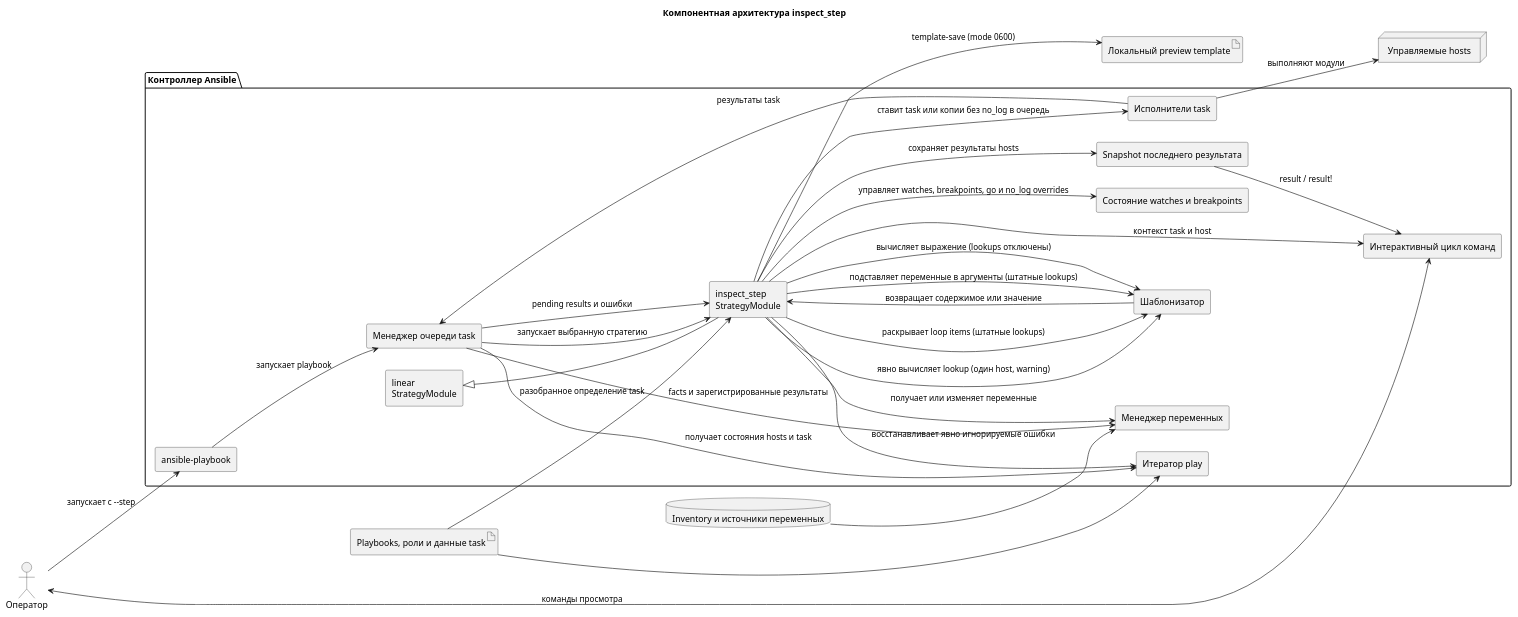
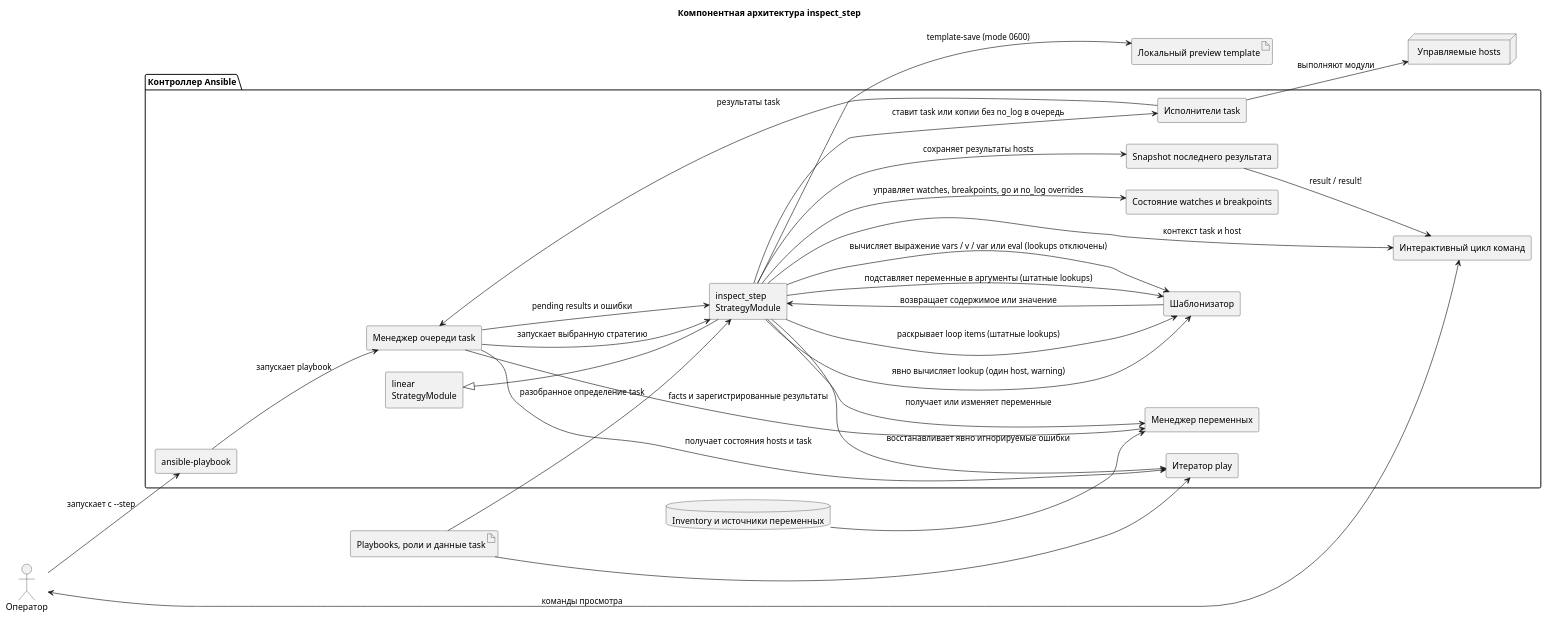
The diagram in diagramms/architecture-ru.puml (dtarasov7/ansible-debug), drawn with PlantUML before and after one commit. The commit also changed 15 other files, not shown here.

```diff
--- a/diagramms/architecture-ru.puml
+++ b/diagramms/architecture-ru.puml
@@ -1,56 +1,56 @@
 @startuml
 title Компонентная архитектура inspect_step
 
 left to right direction
 skinparam componentStyle rectangle
 skinparam shadowing false
 
 actor "Оператор" as Operator
 
 package "Контроллер Ansible" {
   component "ansible-playbook" as CLI
   component "Менеджер очереди task" as TQM
   component "Итератор play" as Iterator
   component "linear\nStrategyModule" as Linear
   component "inspect_step\nStrategyModule" as Inspector
   component "Интерактивный цикл команд" as Prompt
   component "Состояние watches и breakpoints" as DebugState
   component "Snapshot последнего результата" as ResultState
   component "Менеджер переменных" as Variables
   component "Шаблонизатор" as Templar
   component "Исполнители task" as Workers
 }
 
 database "Inventory и источники переменных" as Inventory
 artifact "Playbooks, роли и данные task" as Sources
 artifact "Локальный preview template" as Preview
 node "Управляемые hosts" as Hosts
 
 Operator --> CLI : запускает с --step
 Operator <--> Prompt : команды просмотра
 CLI --> TQM : запускает playbook
 TQM --> Iterator : получает состояния hosts и task
 TQM --> Inspector : запускает выбранную стратегию
 Linear <|-- Inspector
 Inspector --> Prompt : контекст task и host
 Inspector --> DebugState : управляет watches, breakpoints, go и no_log overrides
 Inspector --> Variables : получает или изменяет переменные
 Inspector --> Templar : подставляет переменные в аргументы (штатные lookups)
-Inspector --> Templar : вычисляет выражение (lookups отключены)
+Inspector --> Templar : вычисляет выражение vars / v / var или eval (lookups отключены)
 Inspector --> Templar : явно вычисляет lookup (один host, warning)
 Inspector --> Templar : раскрывает loop items (штатные lookups)
 Templar --> Inspector : возвращает содержимое или значение
 Inspector --> Preview : template-save (mode 0600)
 Inspector --> Workers : ставит task или копии без no_log в очередь
 Inventory --> Variables
 Sources --> Iterator
 Sources --> Inspector : разобранное определение task
 Workers --> Hosts : выполняют модули
 Workers --> TQM : результаты task
 TQM --> Inspector : pending results и ошибки
 Inspector --> ResultState : сохраняет результаты hosts
 ResultState --> Prompt : result / result!
 Inspector --> Iterator : восстанавливает явно игнорируемые ошибки
 TQM --> Variables : facts и зарегистрированные результаты
 
 @enduml
```
